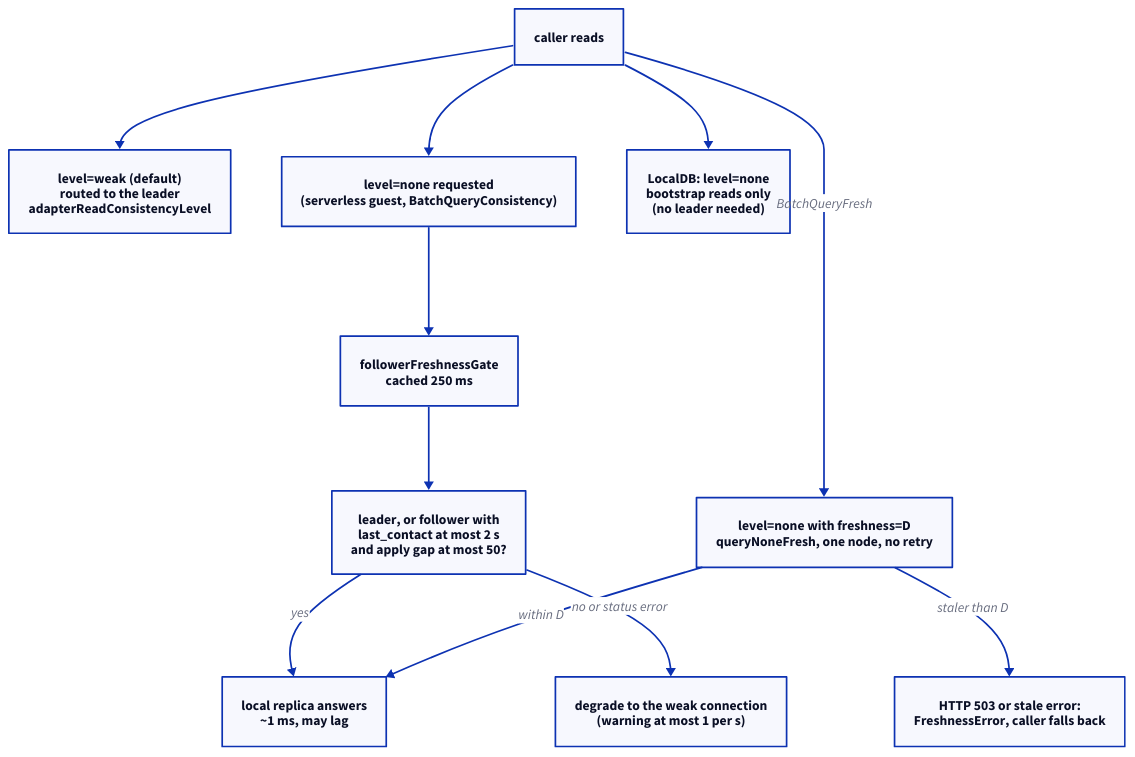
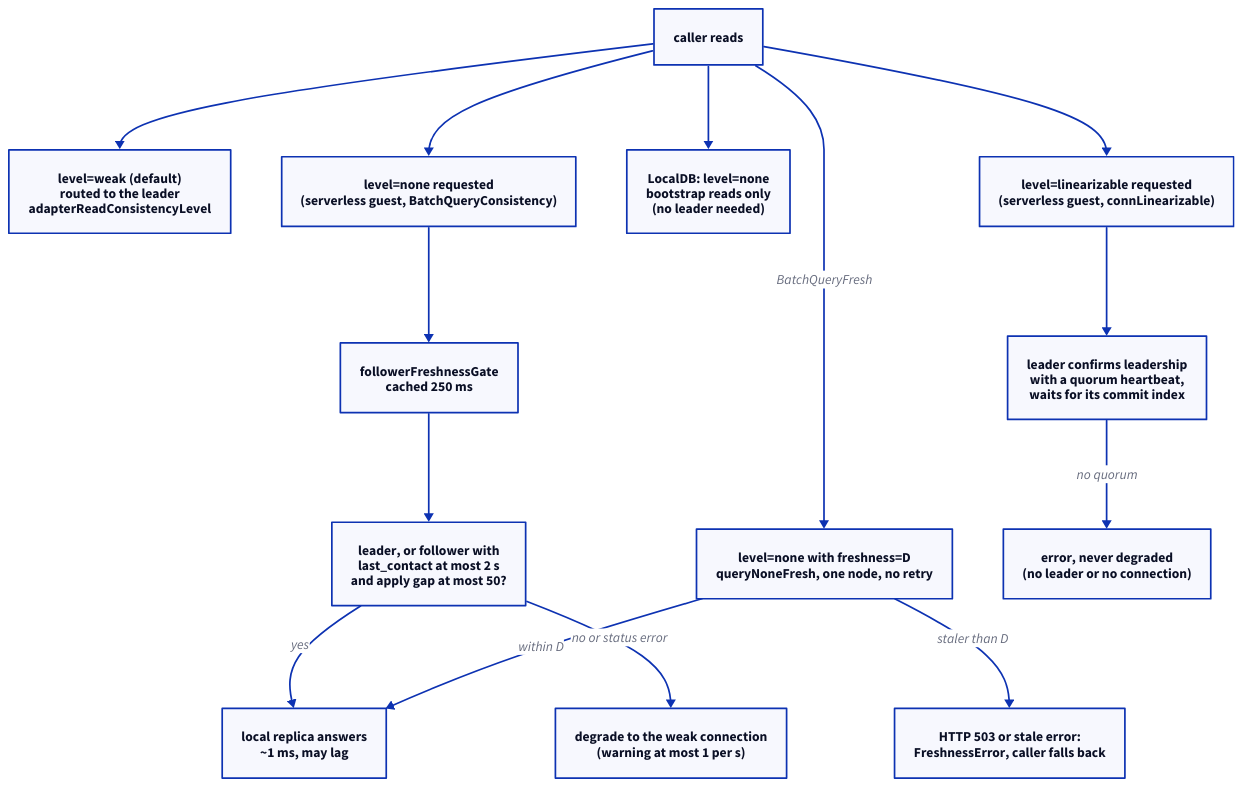
One commit to DeBrosOfficial/network changed the diagram in docs/whitepaper/technical-reference/diagrams/ch07-read-path.d2. Above: the diagram before and after it, drawn with D2. The commit also changed 12 other files, not shown here.

First line of the commit message:
feat(serverless): db_query_batch serves a linearizable read (feat-802)

```diff
--- a/docs/whitepaper/technical-reference/diagrams/ch07-read-path.d2
+++ b/docs/whitepaper/technical-reference/diagrams/ch07-read-path.d2
@@ -1,23 +1,29 @@
 direction: down
 
 caller: caller reads
 weak: level=weak (default)\nrouted to the leader\nadapterReadConsistencyLevel
 none: level=none requested\n(serverless guest, BatchQueryConsistency)
 gate: followerFreshnessGate\ncached 250 ms
 fresh: leader, or follower with\nlast_contact at most 2 s\nand apply gap at most 50?
 local: local replica answers\n~1 ms, may lag
 degrade: degrade to the weak connection\n(warning at most 1 per s)
 bound: level=none with freshness=D\nqueryNoneFresh, one node, no retry
 reject: HTTP 503 or stale error:\nFreshnessError, caller falls back
 boot: LocalDB: level=none\nbootstrap reads only\n(no leader needed)
+lin: level=linearizable requested\n(serverless guest, connLinearizable)
+quorum: leader confirms leadership\nwith a quorum heartbeat,\nwaits for its commit index
+fail: error, never degraded\n(no leader or no connection)
 
 caller -> weak
 caller -> none
 none -> gate
 gate -> fresh
 fresh -> local: yes
 fresh -> degrade: no or status error
 caller -> bound: BatchQueryFresh
 bound -> local: within D
 bound -> reject: staler than D
 caller -> boot
+caller -> lin
+lin -> quorum
+quorum -> fail: no quorum
```
